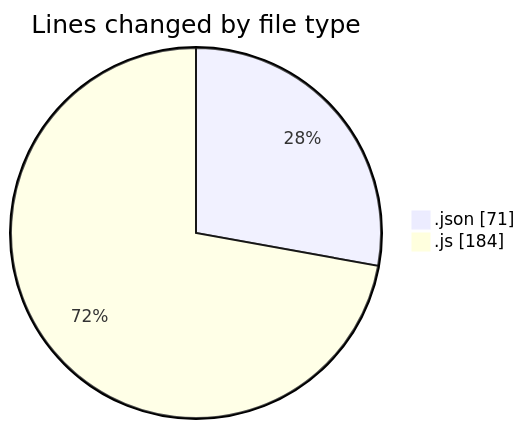
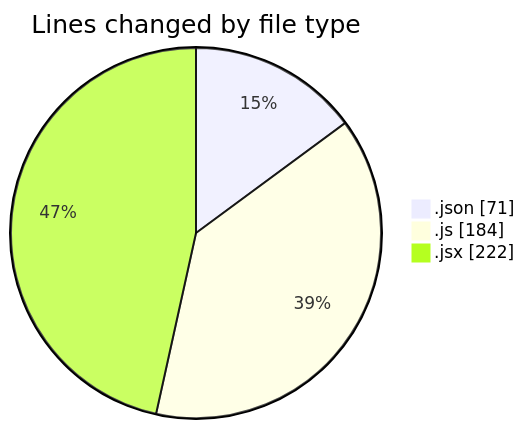
One commit to momahboobian/code-tracking changed the first of 2 diagrams in 2025-05-13/cda/README.md. Above: the diagram before and after it, drawn with Mermaid. The commit also changed other lines of this file and 1 other file, not shown here.

````diff
--- a/2025-05-13/cda/README.md
+++ b/2025-05-13/cda/README.md
@@ -21,6 +22,7 @@
 ```mermaid
 pie showData
 title Lines changed by file type
 ".json" : 71
 ".js" : 184
+".jsx" : 222
 ```
````
